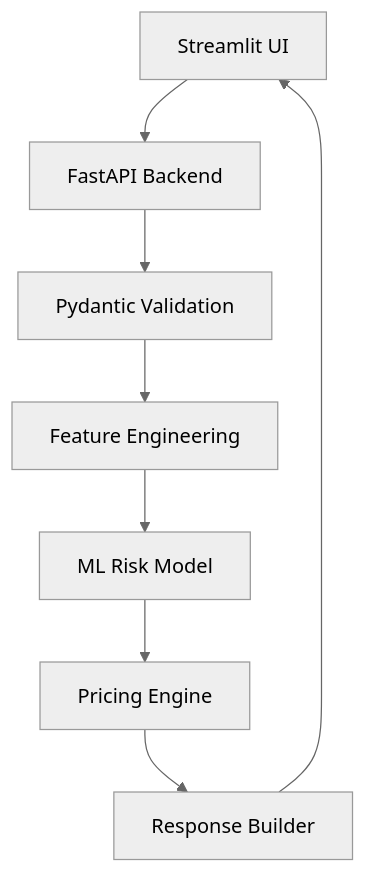
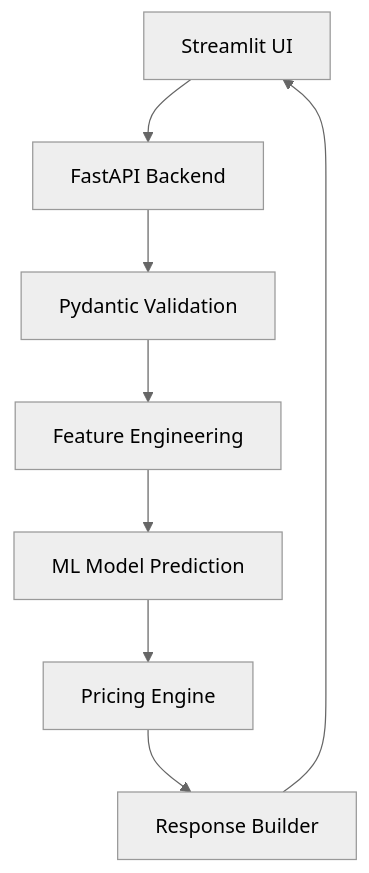
The diagram in READMe.md (Parul05101991/nordic-insurance-ai), drawn with Mermaid (neutral theme) before and after one commit. The commit also changed other lines of this file and 11 other files, not shown here.

````diff
--- a/READMe.md
+++ b/READMe.md
@@ -42,10 +44,10 @@
 ```mermaid
 graph TD
 A[Streamlit UI] --> B[FastAPI Backend]
 B --> C[Pydantic Validation]
 C --> D[Feature Engineering]
-D --> E[ML Risk Model]
+D --> E[ML Model Prediction]
 E --> F[Pricing Engine]
 F --> G[Response Builder]
 G --> A
 ```
````
